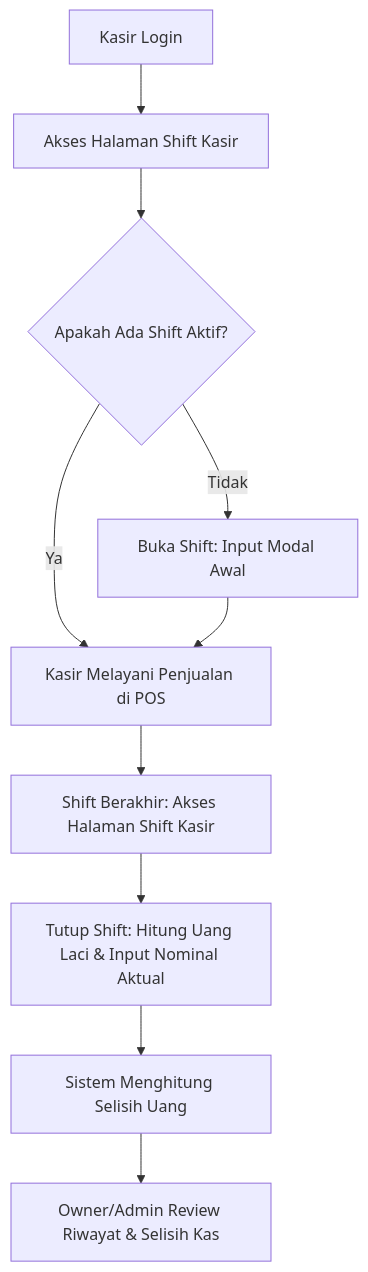
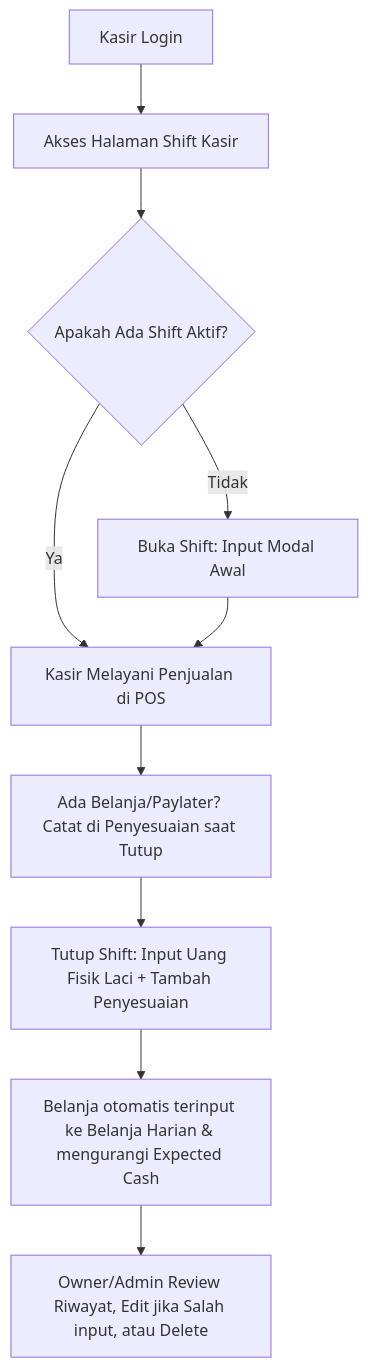
One commit to Ruinz1/KasirPOS-App changed the diagram in SHIFT_KASIR_DOCUMENTATION.md. Above: the diagram before and after it, drawn with Mermaid. The commit also changed other lines of this file and 6 other files, not shown here.

Commit message:
feat: tambah fitur edit, delete, rincian QRIS/Kartu/Paylater, dan otomatis belanja harian

````diff
--- a/SHIFT_KASIR_DOCUMENTATION.md
+++ b/SHIFT_KASIR_DOCUMENTATION.md
@@ -49,12 +47,12 @@
 ```mermaid
 graph TD
     A[Kasir Login] --> B[Akses Halaman Shift Kasir]
     B --> C{Apakah Ada Shift Aktif?}
     C -- Tidak --> D[Buka Shift: Input Modal Awal]
     C -- Ya --> E[Kasir Melayani Penjualan di POS]
     D --> E
-    E --> F[Shift Berakhir: Akses Halaman Shift Kasir]
-    F --> G[Tutup Shift: Hitung Uang Laci & Input Nominal Aktual]
-    G --> H[Sistem Menghitung Selisih Uang]
-    H --> I[Owner/Admin Review Riwayat & Selisih Kas]
+    E --> F[Ada Belanja/Paylater? Catat di Penyesuaian saat Tutup]
+    F --> G[Tutup Shift: Input Uang Fisik Laci + Tambah Penyesuaian]
+    G --> H[Belanja otomatis terinput ke Belanja Harian & mengurangi Expected Cash]
+    H --> I[Owner/Admin Review Riwayat, Edit jika Salah input, atau Delete]
 ```
````
